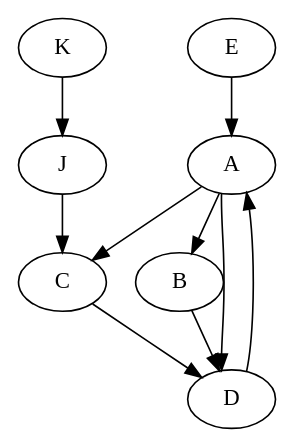
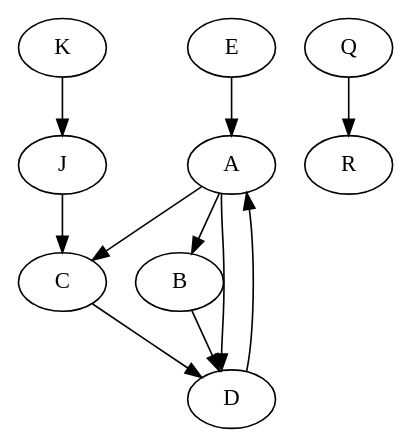
The diagram in master-graph.dot (bkelsey2216/Advogato), drawn with Graphviz before and after one commit. The commit also changed 1 other file, not shown here.

```diff
--- a/master-graph.dot
+++ b/master-graph.dot
@@ -1,11 +1,12 @@
 digraph G {
-   A -> B [level="Master"];
-   A -> C [level="Master"];
-   B -> D [level="Master"];
-   C -> D [level="Master"];
-   E -> A [level="Master"];
-   D -> A [level="Master"];
-   A -> D [level="Master"];
-   J -> C [level="Master"];
-   K -> J [level="Master"];
+   A -> B [level="Observer"];
+   A -> C [level="Observer"];
+   B -> D [level="Observer"];
+   C -> D [level="Observer"];
+   E -> A [level="Observer"];
+   D -> A [level="Observer"];
+   A -> D [level="Observer"];
+   J -> C [level="Observer"];
+   K -> J [level="Observer"];
+   Q -> R [level="Master"];
 }
```
